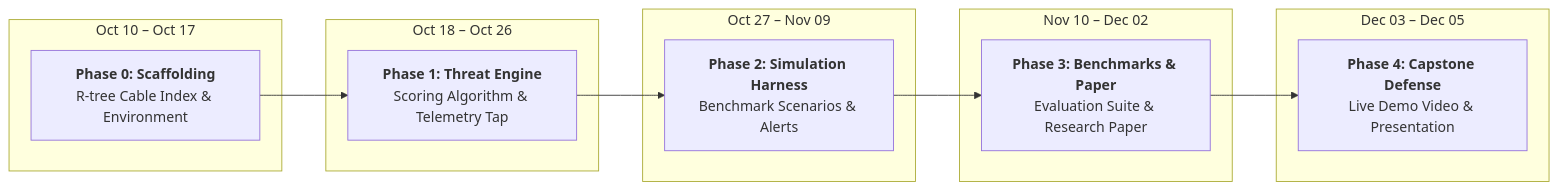
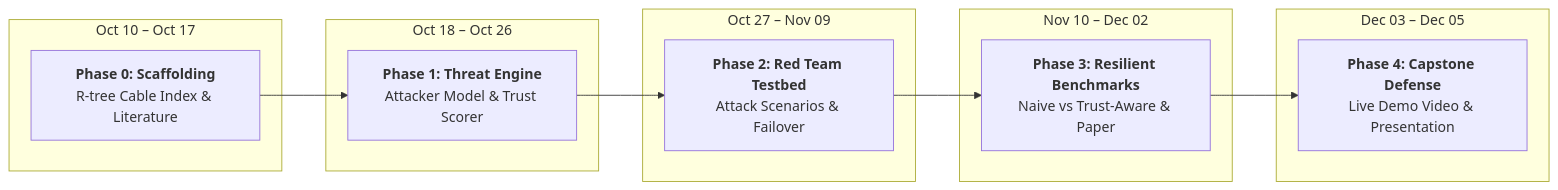
One commit to R4Y3D/aegis-sea changed the diagram in README.md. Above: the diagram before and after it, drawn with Mermaid. The commit also changed other lines of this file and 1 other file, not shown here.

Commit message:
docs: elevate capstone framing with attacker model, undersea challenges, and red-team milestones

````diff
--- a/README.md
+++ b/README.md
@@ -118,24 +153,24 @@
 ```mermaid
 flowchart LR
     subgraph S1["Oct 10 – Oct 17"]
-        P0["<b>Phase 0: Scaffolding</b><br/>R-tree Cable Index & Environment"]
+        P0["<b>Phase 0: Scaffolding</b><br/>R-tree Cable Index & Literature"]
     end
 
     subgraph S2["Oct 18 – Oct 26"]
-        P1["<b>Phase 1: Threat Engine</b><br/>Scoring Algorithm & Telemetry Tap"]
+        P1["<b>Phase 1: Threat Engine</b><br/>Attacker Model & Trust Scorer"]
     end
 
     subgraph S3["Oct 27 – Nov 09"]
-        P2["<b>Phase 2: Simulation Harness</b><br/>Benchmark Scenarios & Alerts"]
+        P2["<b>Phase 2: Red Team Testbed</b><br/>Attack Scenarios & Failover"]
     end
 
     subgraph S4["Nov 10 – Dec 02"]
-        P3["<b>Phase 3: Benchmarks & Paper</b><br/>Evaluation Suite & Research Paper"]
+        P3["<b>Phase 3: Resilient Benchmarks</b><br/>Naive vs Trust-Aware & Paper"]
     end
 
     subgraph S5["Dec 03 – Dec 05"]
         P4["<b>Phase 4: Capstone Defense</b><br/>Live Demo Video & Presentation"]
     end
 
     P0 --> P1 --> P2 --> P3 --> P4
 ```
````
